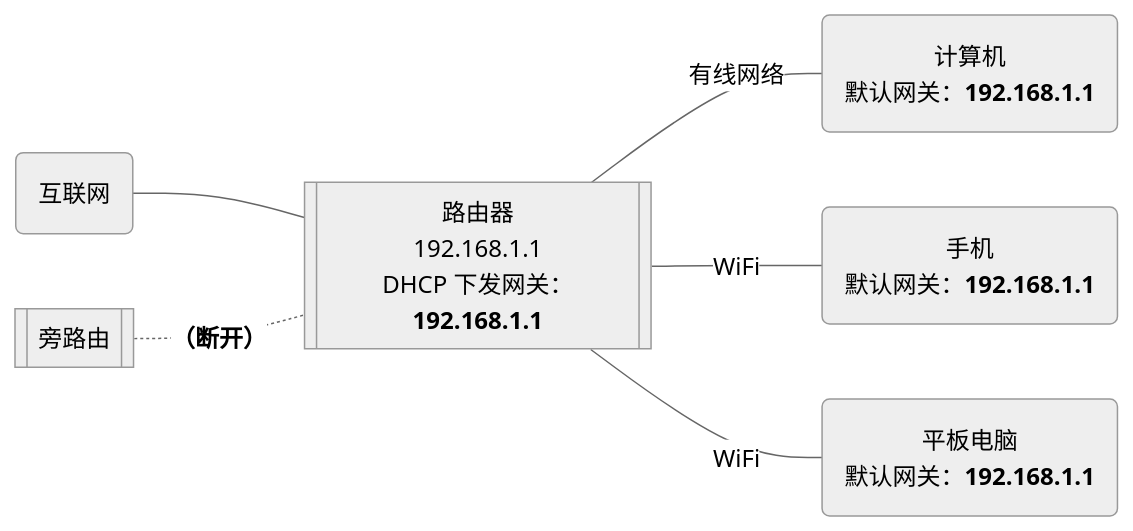
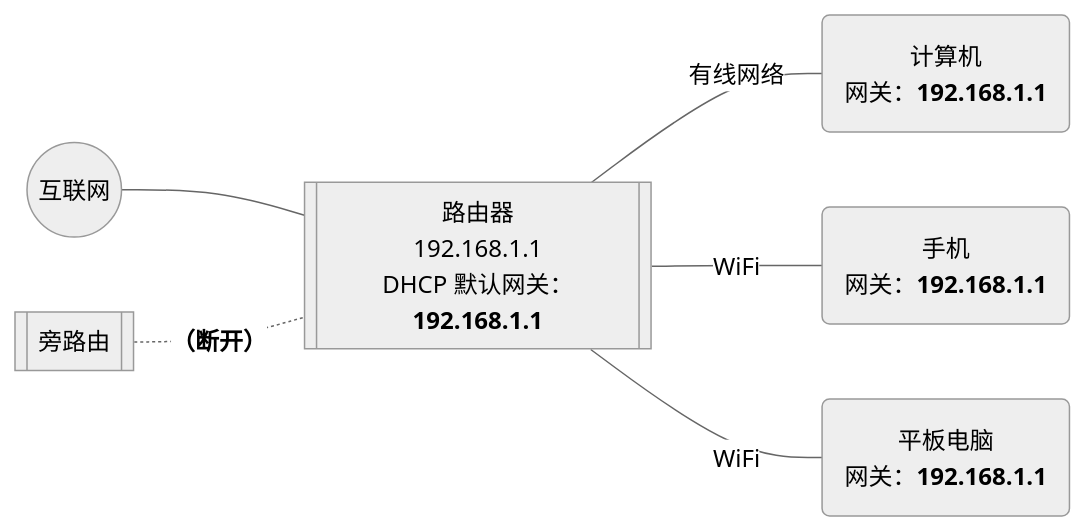
One commit to sqybi/SQYBI.com changed the second of 10 diagrams in blog/2023-12-01-inksys-velop-and-bypass-gateway/index.md. Above: the diagram before and after it, drawn with Mermaid (neutral theme). The commit also changed other lines of this file and 1 other file, not shown here.

````diff
--- a/blog/2023-12-01-inksys-velop-and-bypass-gateway/index.md
+++ b/blog/2023-12-01-inksys-velop-and-bypass-gateway/index.md
@@ -141,20 +159,20 @@
 ```mermaid
 graph LR
-    internet(互联网)
+    internet((互联网))
     bypass[[旁路由]]
     router[["`路由器
     192.168.1.1
-    DHCP 下发网关：**192.168.1.1**`"]]
+    DHCP 默认网关：**192.168.1.1**`"]]
     computer("`计算机
-    默认网关：**192.168.1.1**`")
+    网关：**192.168.1.1**`")
     phone("`手机
-    默认网关：**192.168.1.1**`")
+    网关：**192.168.1.1**`")
     tablet("`平板电脑
-    默认网关：**192.168.1.1**`")
+    网关：**192.168.1.1**`")
     
     internet --- router
     bypass -.-|"`**（断开）**`"| router
     router ---|有线网络| computer
     router ---|WiFi| phone
     router ---|WiFi| tablet
 ```
````
